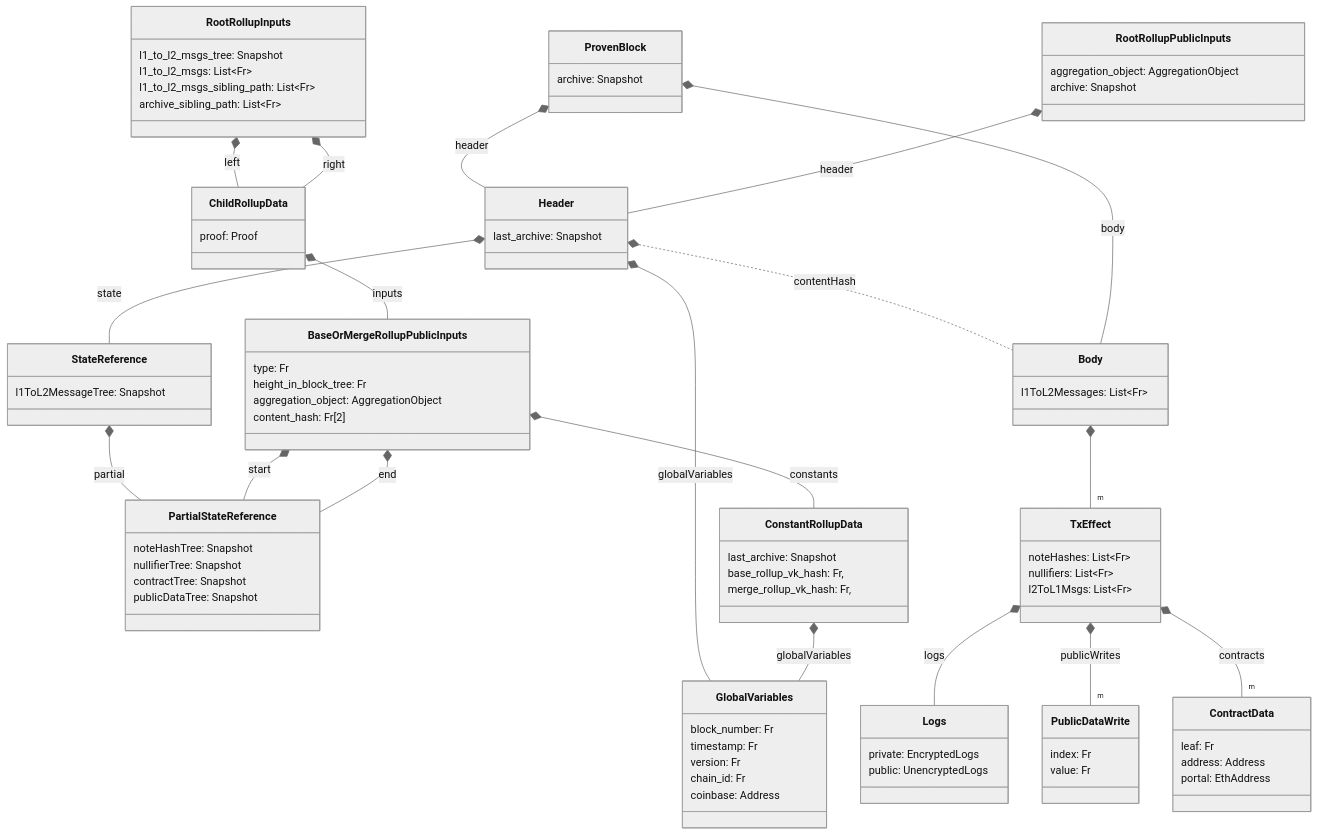
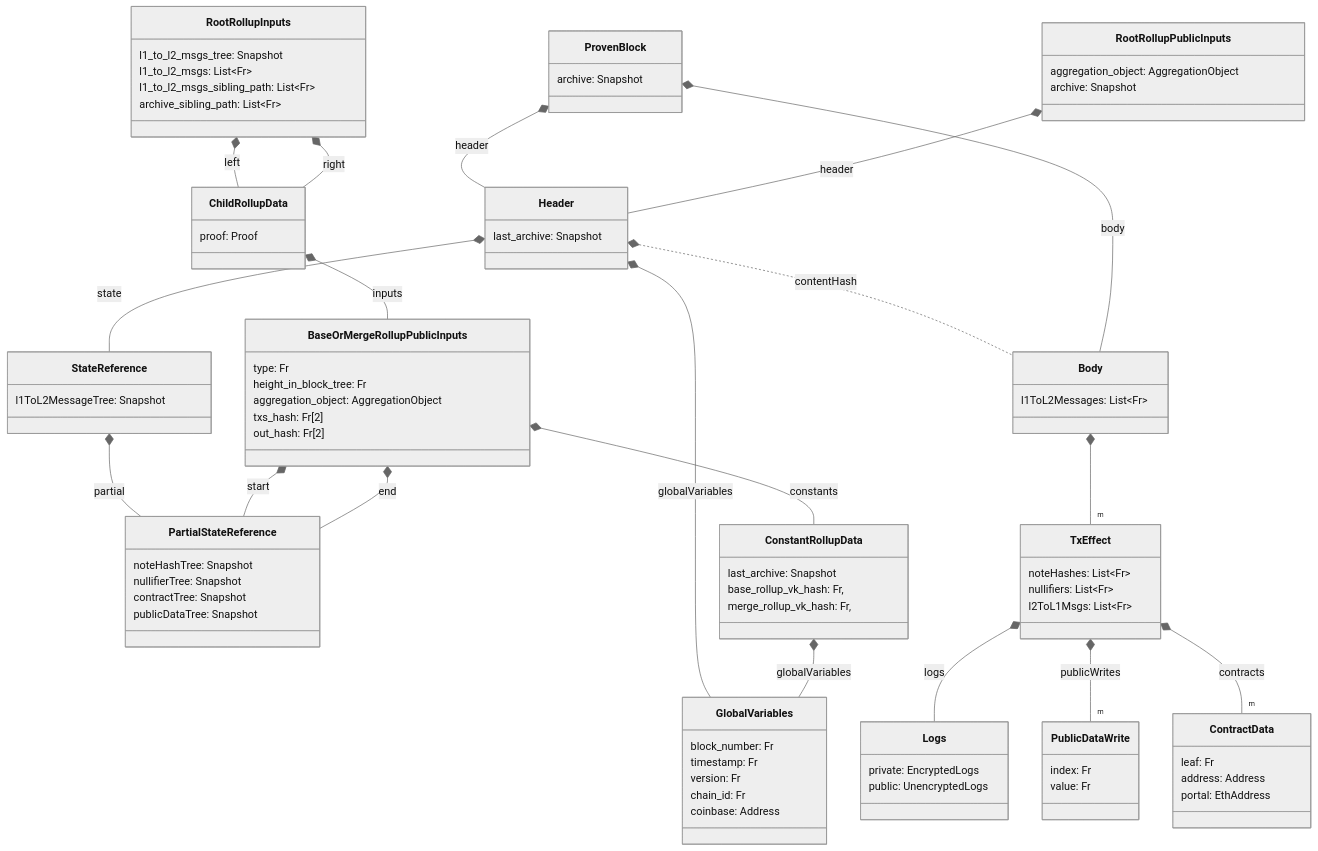
Before and after one commit to AztecProtocol/aztec-packages: the second of 2 diagrams in yellow-paper/docs/rollup-circuits/root_rollup.md, drawn with Mermaid (neutral theme). The commit also changed other lines of this file and 4 other files, not shown here.

```diff
--- a/yellow-paper/docs/rollup-circuits/root_rollup.md
+++ b/yellow-paper/docs/rollup-circuits/root_rollup.md
@@ -83,7 +97,8 @@
     type: Fr
     height_in_block_tree: Fr
     aggregation_object: AggregationObject
-    content_hash: Fr[2]
+    txs_hash: Fr[2]
+    out_hash: Fr[2]
 }
 BaseOrMergeRollupPublicInputs *-- ConstantRollupData : constants
 BaseOrMergeRollupPublicInputs *-- PartialStateReference : start
```
